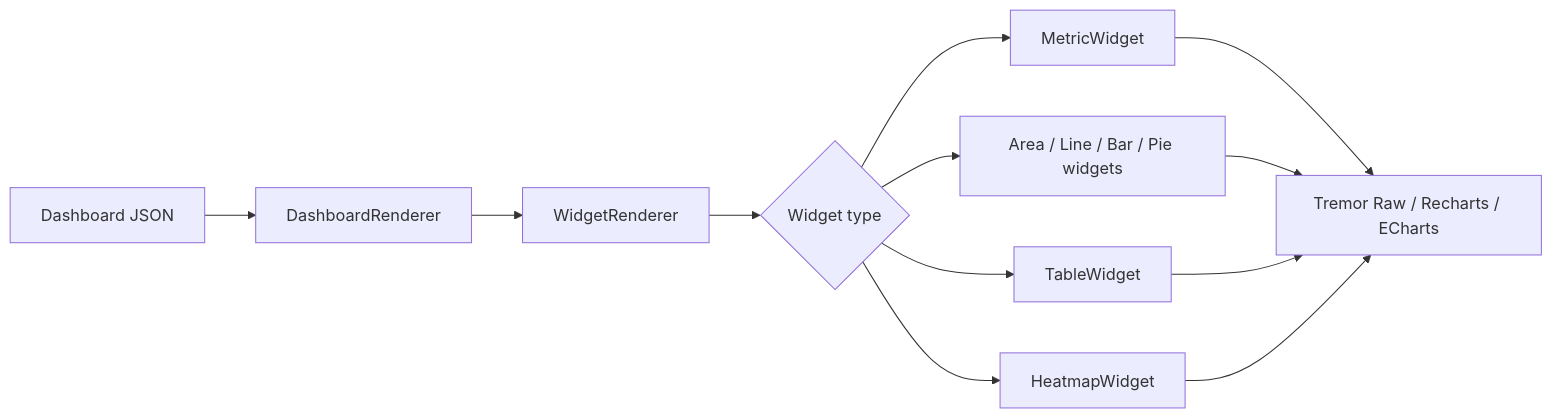
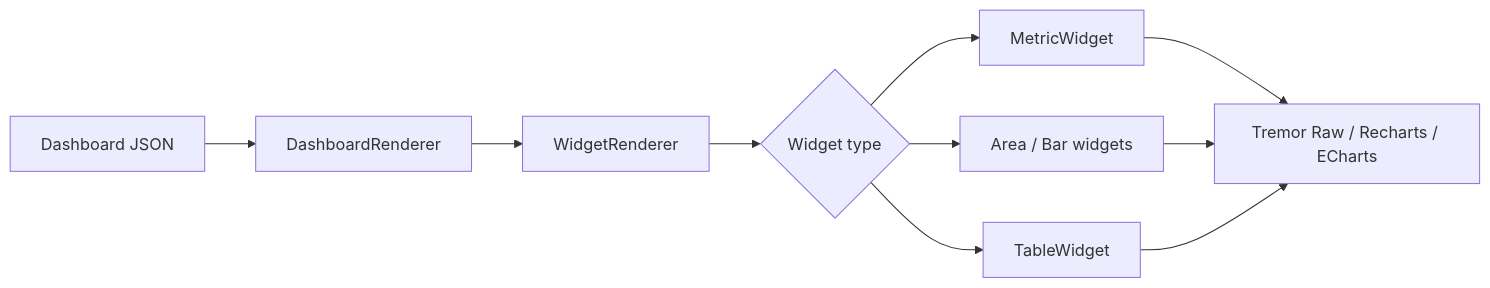
One commit to maichanchinh/Analytic-Sora-SemanticLayer changed the third of 3 diagrams in docs/ARCHITECTURE.md. Above: the diagram before and after it, drawn with Mermaid. The commit also changed other lines of this file and 32 other files, not shown here.

````diff
--- a/docs/ARCHITECTURE.md
+++ b/docs/ARCHITECTURE.md
@@ -347,14 +341,12 @@
 ```mermaid
 flowchart LR
     Config[Dashboard JSON] --> DashboardRenderer
     DashboardRenderer --> WidgetRenderer
     WidgetRenderer --> Registry{Widget type}
     Registry --> Metric[MetricWidget]
-    Registry --> Charts[Area / Line / Bar / Pie widgets]
+    Registry --> Charts[Area / Bar widgets]
     Registry --> Table[TableWidget]
-    Registry --> Heatmap[HeatmapWidget]
     Metric --> UI[Tremor Raw / Recharts / ECharts]
     Charts --> UI
     Table --> UI
-    Heatmap --> UI
 ```
````
